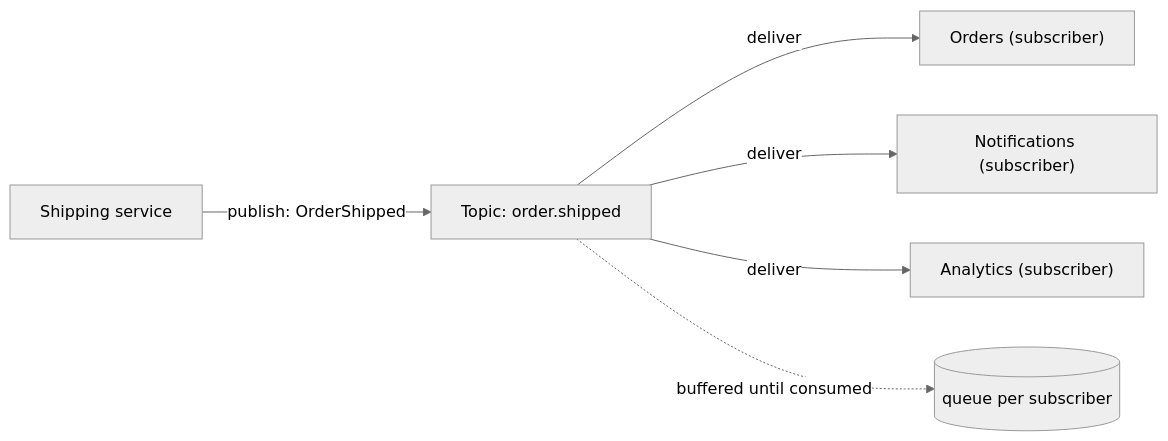
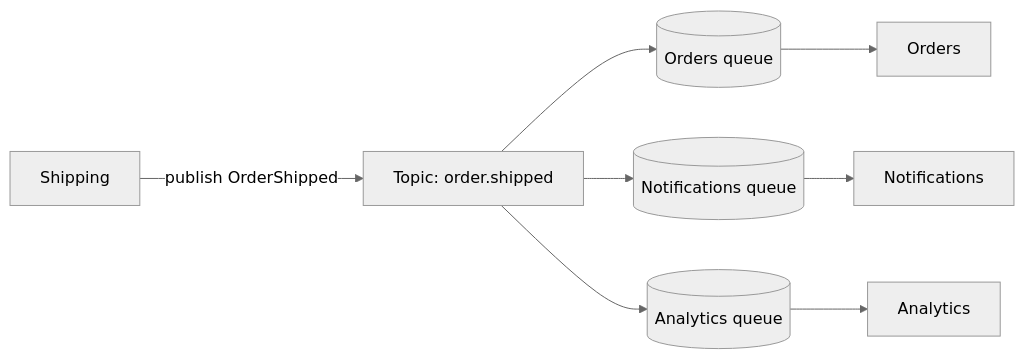
One commit to francoandreDev/knowledge changed the first of 3 diagrams in src/content/architecture/event-driven-architecture/L2-concept.mdx. Above: the diagram before and after it, drawn with Mermaid (neutral theme). The commit also changed other lines of this file and 17 other files, not shown here.

Commit message:
Migrate architecture batch 2 (hexagonal-clean-architecture, event-driven-architecture, build-vs-buy, adr-governance) to the three-tier exercise model

````diff
--- a/src/content/architecture/event-driven-architecture/L2-concept.mdx
+++ b/src/content/architecture/event-driven-architecture/L2-concept.mdx
@@ -49,8 +52,10 @@
 ```mermaid
 flowchart LR
-    S["Shipping service"] -- "publish: OrderShipped" --> T["Topic: order.shipped"]
-    T -- deliver --> O["Orders (subscriber)"]
-    T -- deliver --> N["Notifications (subscriber)"]
-    T -- deliver --> A["Analytics (subscriber)"]
-    T -.->|"buffered until consumed"| Q[("queue per subscriber")]
+    S["Shipping"] -- "publish OrderShipped" --> T["Topic: order.shipped"]
+    T --> QO[("Orders queue")]
+    T --> QN[("Notifications queue")]
+    T --> QA[("Analytics queue")]
+    QO --> O["Orders"]
+    QN --> N["Notifications"]
+    QA --> A["Analytics"]
 ```
````
